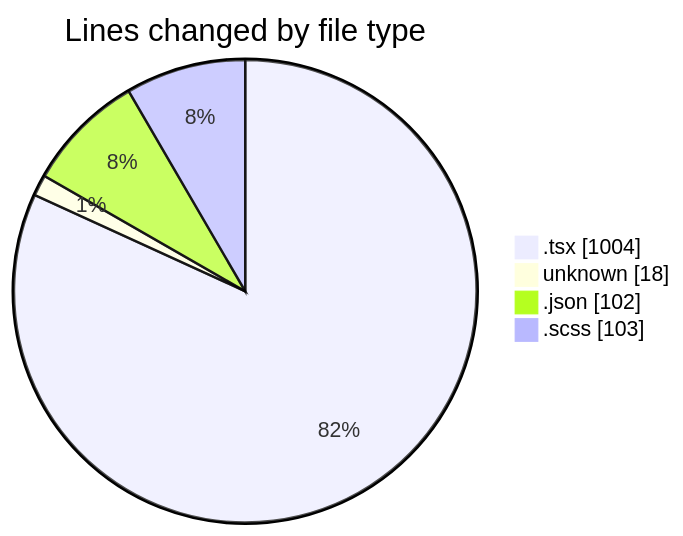
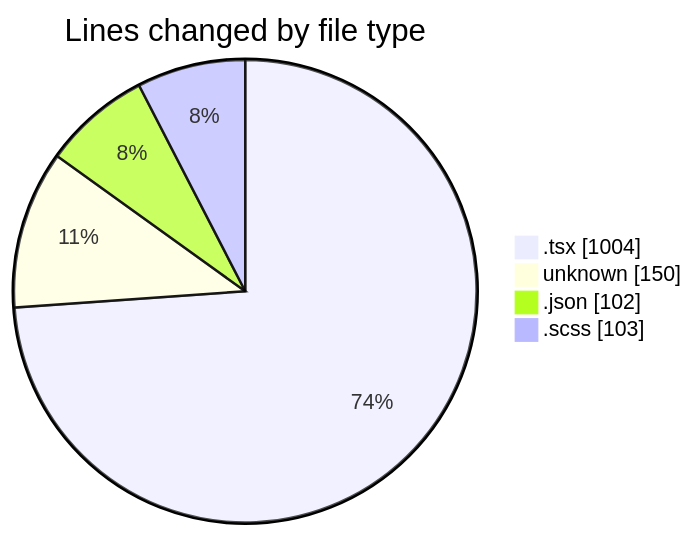
The first of 2 diagrams in 2026-09-28/cda/README.md (momahboobian/code-tracking), drawn with Mermaid before and after one commit. The commit also changed other lines of this file and 1 other file, not shown here.

````diff
--- a/2026-09-28/cda/README.md
+++ b/2026-09-28/cda/README.md
@@ -25,8 +26,8 @@
 ```mermaid
 pie showData
 title Lines changed by file type
 ".tsx" : 1004
-"unknown" : 18
+"unknown" : 150
 ".json" : 102
 ".scss" : 103
 ```
````
